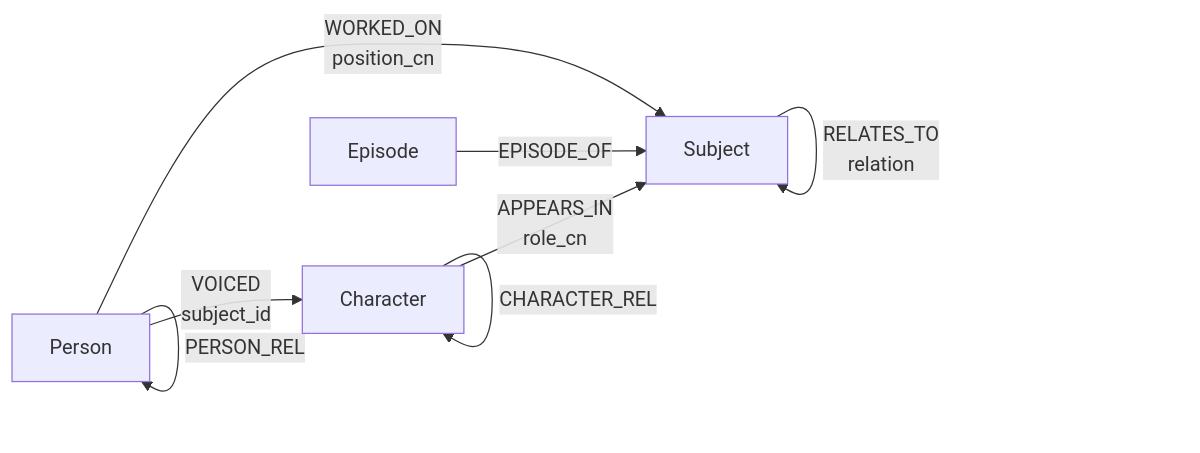
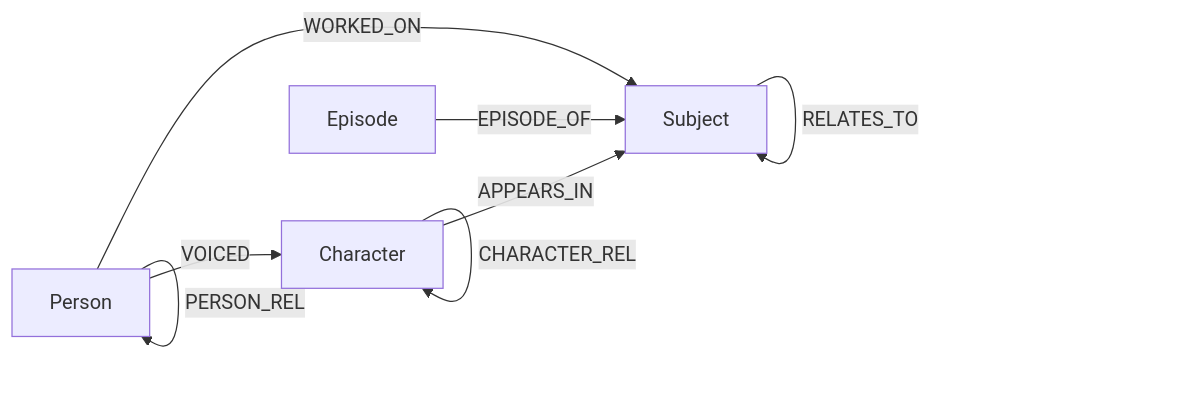
One commit to vauxe/bangumi-atlas changed the second of 2 diagrams in docs/DESIGN.md. Above: the diagram before and after it, drawn with Mermaid. The commit also changed other lines of this file and 1 other file, not shown here.

````diff
--- a/docs/DESIGN.md
+++ b/docs/DESIGN.md
@@ -50,10 +93,10 @@
 ```mermaid
 graph LR
-    P[Person] -- "WORKED_ON<br/>position_cn" --> S[Subject]
-    P -- "VOICED<br/>subject_id" --> C[Character]
-    C -- "APPEARS_IN<br/>role_cn" --> S
-    S -- "RELATES_TO<br/>relation" --> S
+    P[Person] -- WORKED_ON --> S[Subject]
+    P -- VOICED --> C[Character]
+    C -- APPEARS_IN --> S
+    S -- RELATES_TO --> S
     E[Episode] -- EPISODE_OF --> S
     P -- PERSON_REL --> P
     C -- CHARACTER_REL --> C
 ```
````
